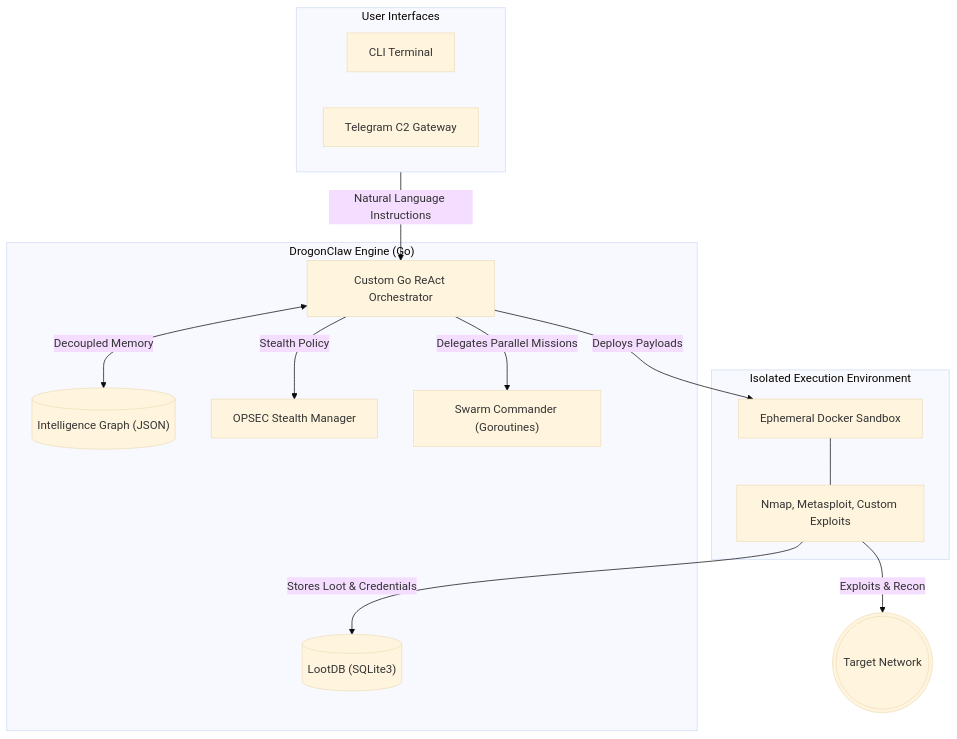
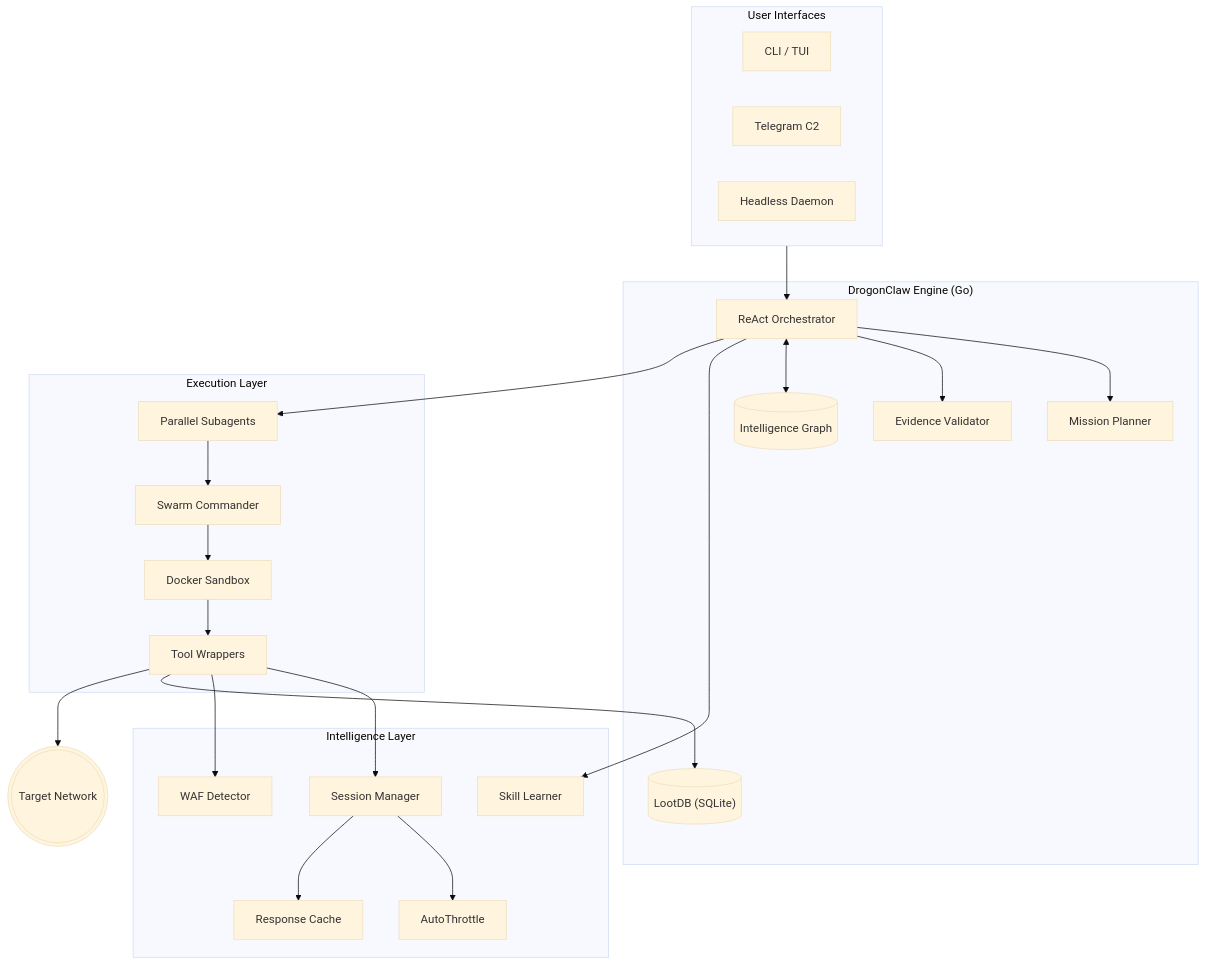
Before and after one commit to 0xP4X/DrogoClaw: the diagram in README.md, drawn with Mermaid (base theme). The commit also changed other lines of this file and 8 other files, not shown here.

````diff
--- a/README.md
+++ b/README.md
@@ -134,31 +140,49 @@
 ```mermaid
 flowchart TD
     subgraph UI ["User Interfaces"]
-        CLI["CLI Terminal"]
-        TG["Telegram C2 Gateway"]
+        CLI["CLI / TUI"]
+        TG["Telegram C2"]
+        DAEMON["Headless Daemon"]
     end
 
     subgraph Core ["DrogonClaw Engine (Go)"]
-        Orchestrator["Custom Go ReAct Orchestrator"]
-        Graph[("Intelligence Graph (JSON)")]
-        LootDB[("LootDB (SQLite3)")]
-        OPSEC["OPSEC Stealth Manager"]
-        Swarm["Swarm Commander (Goroutines)"]
+        Orchestrator["ReAct Orchestrator"]
+        Planner["Mission Planner"]
+        Evidence["Evidence Validator"]
+        Graph[("Intelligence Graph")]
+        LootDB[("LootDB (SQLite)")]
     end
 
-    subgraph Execution ["Isolated Execution Environment"]
-        Docker["Ephemeral Docker Sandbox"]
-        Tools["Nmap, Metasploit, Custom Exploits"]
+    subgraph Intelligence ["Intelligence Layer"]
+        Skills["Skill Learner"]
+        Sessions["Session Manager"]
+        Throttle["AutoThrottle"]
+        Cache["Response Cache"]
+        WAF["WAF Detector"]
+    end
+
+    subgraph Execution ["Execution Layer"]
+        Swarm["Swarm Commander"]
+        Subagents["Parallel Subagents"]
+        Sandbox["Docker Sandbox"]
+        Tools["Tool Wrappers"]
     end
 
     Target((("Target Network")))
 
-    UI -->|Natural Language Instructions| Orchestrator
-    Orchestrator <-->|Decoupled Memory| Graph
-    Orchestrator -->|Delegates Parallel Missions| Swarm
-    Orchestrator -->|Stealth Policy| OPSEC
-    Orchestrator -->|Deploys Payloads| Docker
-    Tools -->|Stores Loot & Credentials| LootDB
-    Docker --- Tools
-    Tools -->|Exploits & Recon| Target
+    UI --> Orchestrator
+    Orchestrator --> Planner
+    Orchestrator --> Evidence
+    Orchestrator <--> Graph
+    Orchestrator --> Skills
+    Orchestrator --> Subagents
+    Subagents --> Swarm
+    Swarm --> Sandbox
+    Sandbox --> Tools
+    Tools --> Sessions
+    Sessions --> Throttle
+    Sessions --> Cache
+    Tools --> WAF
+    Tools --> LootDB
+    Tools --> Target
 ```
````
